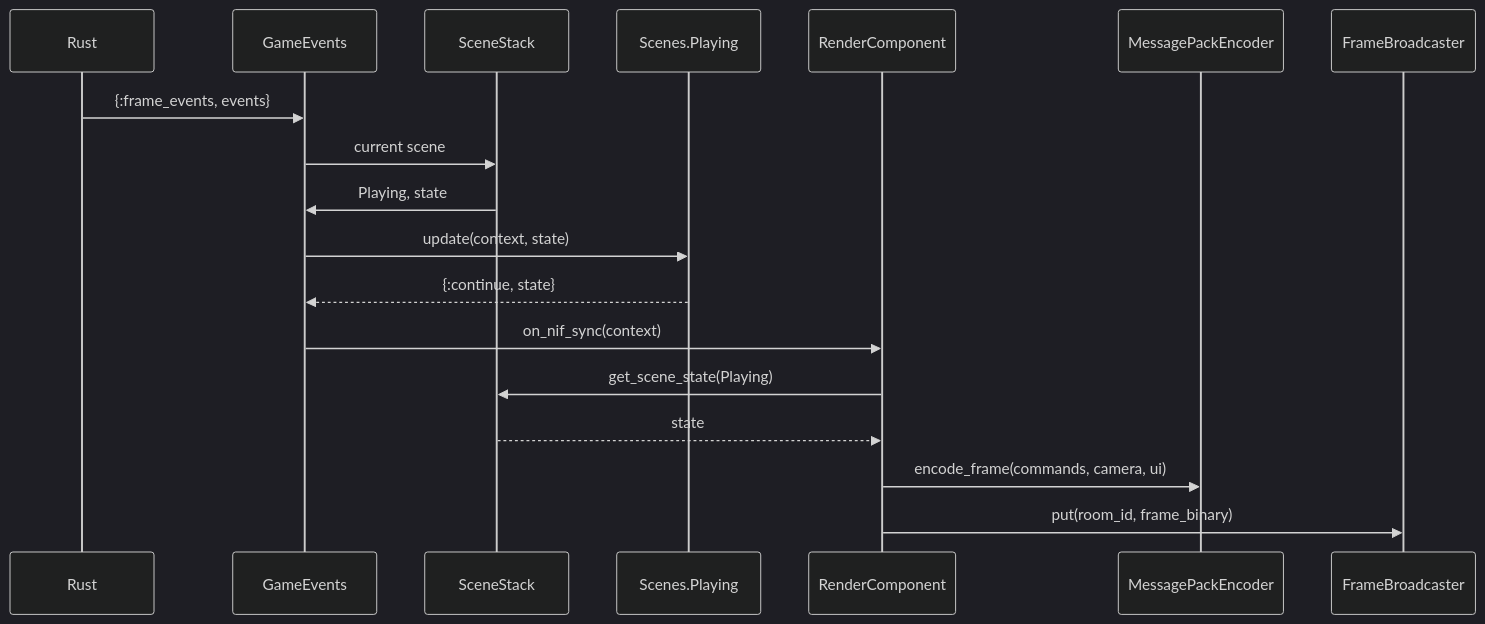
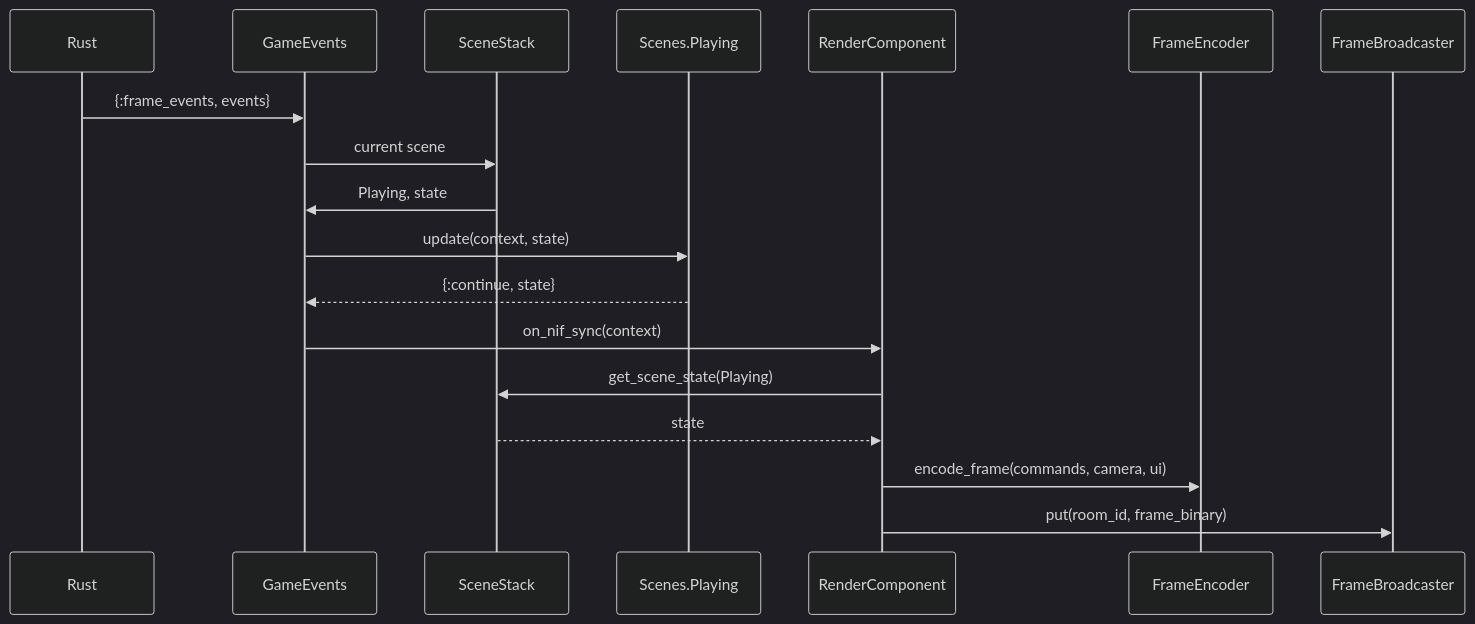
The fifth of 7 diagrams in docs/architecture/formula-test-phase1-architecture.md (FRICK-ELDY/alchemy-engine), drawn with Mermaid (dark theme) before and after one commit. The commit also changed other lines of this file and 50 other files, not shown here.

````diff
--- a/docs/architecture/formula-test-phase1-architecture.md
+++ b/docs/architecture/formula-test-phase1-architecture.md
@@ -254,21 +254,21 @@
 ```mermaid
 sequenceDiagram
     participant Rust
     participant GE as GameEvents
     participant SS as SceneStack
     participant Playing as Scenes.Playing
     participant RC as RenderComponent
-    participant MP as MessagePackEncoder
+    participant FE as FrameEncoder
     participant FB as FrameBroadcaster
 
     Rust->>GE: {:frame_events, events}
     GE->>SS: current scene
     SS->>GE: Playing, state
     GE->>Playing: update(context, state)
     Playing-->>GE: {:continue, state}
     GE->>RC: on_nif_sync(context)
     RC->>SS: get_scene_state(Playing)
     SS-->>RC: state
-    RC->>MP: encode_frame(commands, camera, ui)
+    RC->>FE: encode_frame(commands, camera, ui)
     RC->>FB: put(room_id, frame_binary)
 ```
````
